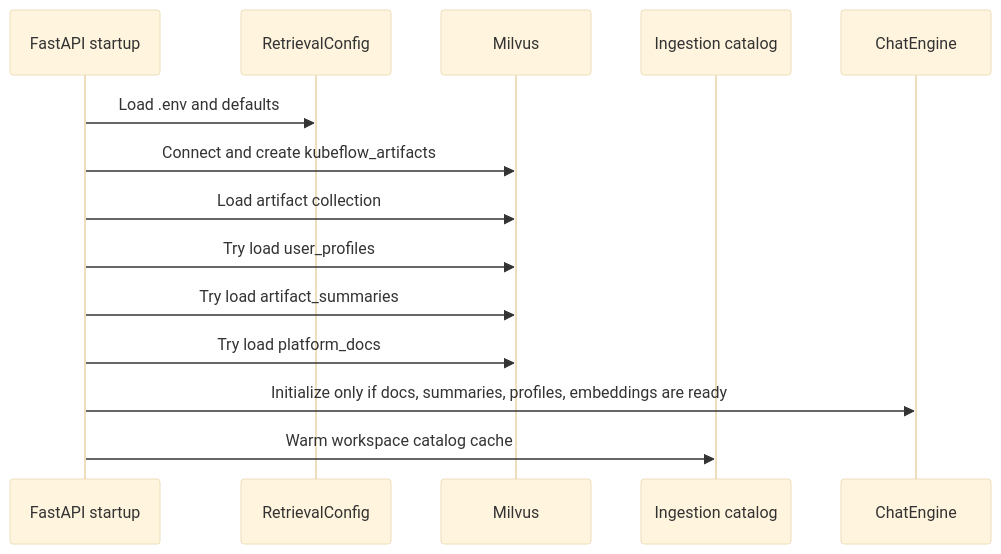
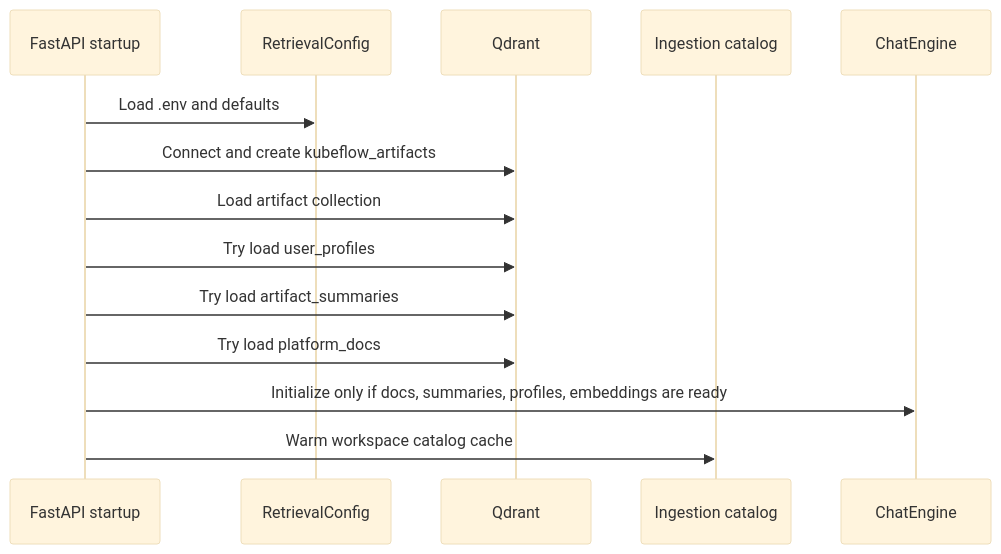
Before and after one commit to manishfromlko/Prism: the second of 3 diagrams in docs/04-ARCHITECTURE.md, drawn with Mermaid (base theme). The commit also changed other lines of this file and 66 other files, not shown here.

Commit message:
Migrating from Milvus to Qdrant backend db

````diff
--- a/docs/04-ARCHITECTURE.md
+++ b/docs/04-ARCHITECTURE.md
@@ -63,17 +63,17 @@
 ```mermaid
 sequenceDiagram
     participant API as FastAPI startup
     participant Config as RetrievalConfig
-    participant Milvus as Milvus
+    participant Qdrant as Qdrant
     participant Catalog as Ingestion catalog
     participant Chat as ChatEngine
 
     API->>Config: Load .env and defaults
-    API->>Milvus: Connect and create kubeflow_artifacts
-    API->>Milvus: Load artifact collection
-    API->>Milvus: Try load user_profiles
-    API->>Milvus: Try load artifact_summaries
-    API->>Milvus: Try load platform_docs
+    API->>Qdrant: Connect and create kubeflow_artifacts
+    API->>Qdrant: Load artifact collection
+    API->>Qdrant: Try load user_profiles
+    API->>Qdrant: Try load artifact_summaries
+    API->>Qdrant: Try load platform_docs
     API->>Chat: Initialize only if docs, summaries, profiles, embeddings are ready
     API->>Catalog: Warm workspace catalog cache
 ```
````
